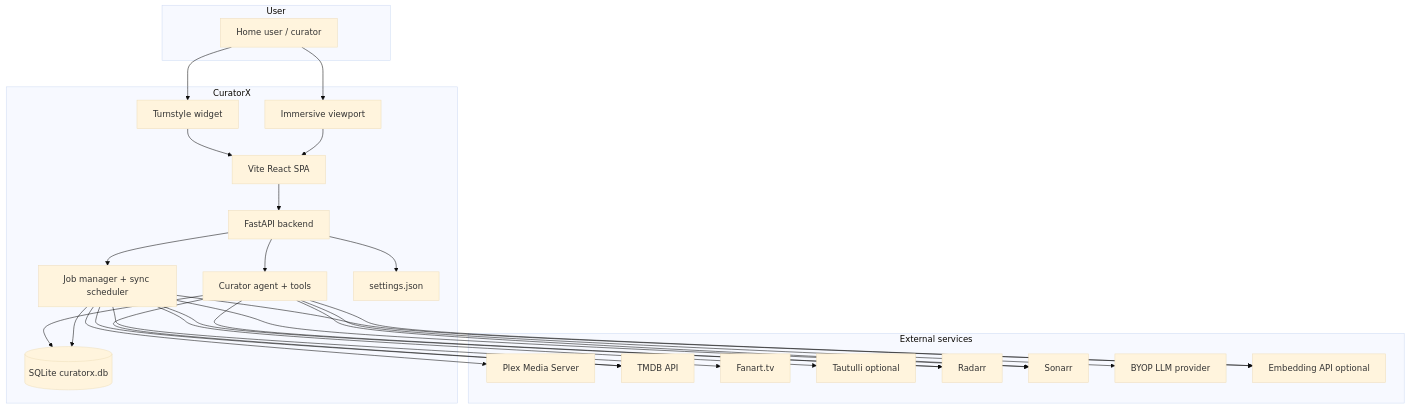
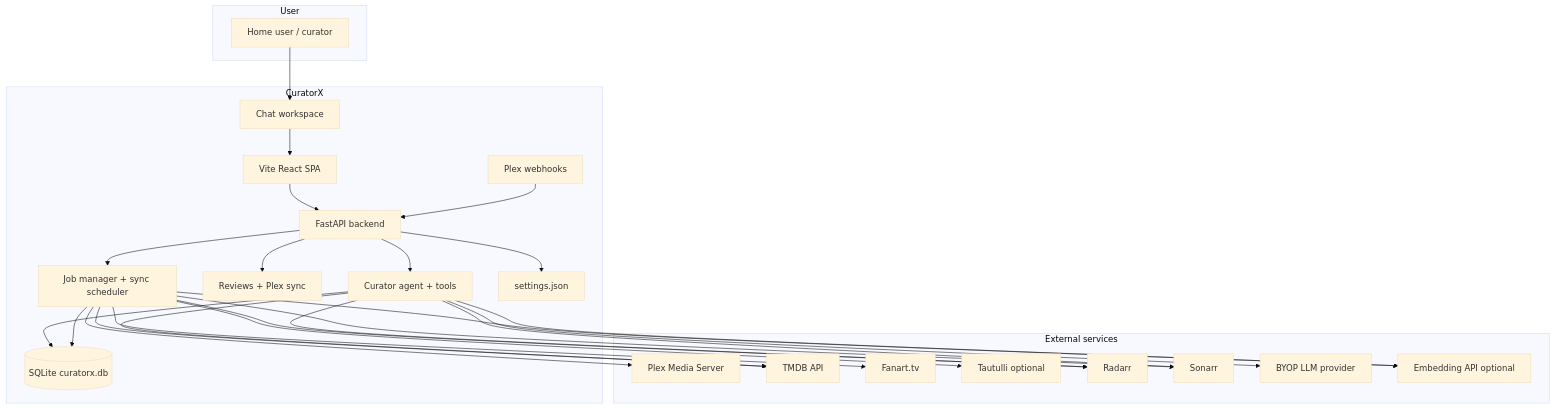
The second of 5 diagrams in docs/ARCHITECTURE.md (romwil/curatorx), drawn with Mermaid (base theme) before and after one commit. The commit also changed other lines of this file and 83 other files, not shown here.

````diff
--- a/docs/ARCHITECTURE.md
+++ b/docs/ARCHITECTURE.md
@@ -66,51 +66,52 @@
 ```mermaid
 flowchart TB
     subgraph userLayer [User]
         User[Home user / curator]
     end
 
     subgraph curatorx [CuratorX]
         UI[Vite React SPA]
-        Turnstyle[Turnstyle widget]
-        Immersive[Immersive viewport]
+        Chat[Chat workspace]
         API[FastAPI backend]
         Agent[Curator agent + tools]
+        Reviews[Reviews + Plex sync]
+        Webhooks[Plex webhooks]
         Jobs[Job manager + sync scheduler]
         DB[(SQLite curatorx.db)]
         Settings[settings.json]
     end
 
     subgraph external [External services]
         Plex[Plex Media Server]
         TMDB[TMDB API]
         Fanart[Fanart.tv]
         Tautulli[Tautulli optional]
         Radarr[Radarr]
         Sonarr[Sonarr]
         LLM[BYOP LLM provider]
         Embed[Embedding API optional]
     end
 
-    User --> Turnstyle
-    User --> Immersive
-    Turnstyle --> UI
-    Immersive --> UI
+    User --> Chat
+    Chat --> UI
     UI --> API
     API --> Agent
+    API --> Reviews
+    Webhooks --> API
     API --> Jobs
     Agent --> DB
     Agent --> LLM
     Jobs --> DB
     API --> Settings
     Jobs --> Plex
     Jobs --> TMDB
     Jobs --> Fanart
     Jobs --> Radarr
     Jobs --> Sonarr
     Agent --> TMDB
     Agent --> Radarr
     Agent --> Sonarr
     Jobs --> Embed
     Agent --> Embed
     Jobs --> Tautulli
 ```
````
